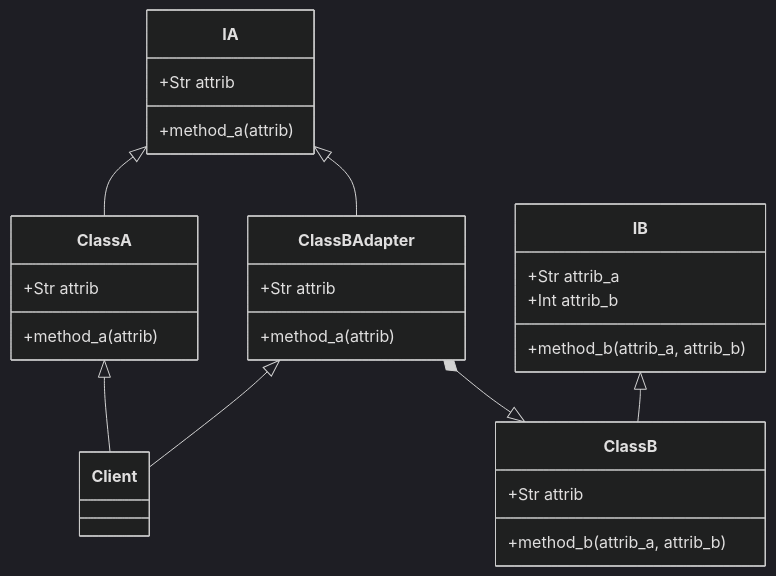
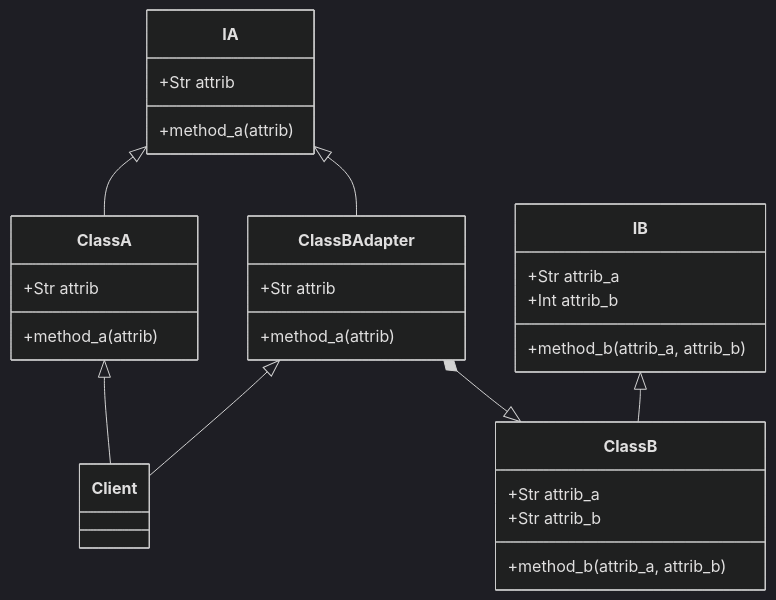
The diagram in docs/DesignPatterns.md (MatheusLPolidoro/DesiginPatterns), drawn with Mermaid (dark theme) before and after one commit. The commit also changed other lines of this file, not shown here.

````diff
--- a/docs/DesignPatterns.md
+++ b/docs/DesignPatterns.md
@@ -53,22 +58,23 @@
 ```mermaid
 classDiagram
 
 IA <|-- ClassA
 IA <|-- ClassBAdapter
 ClassBAdapter *--|> ClassB
 IB <|-- ClassB
 ClassA <|-- Client
 ClassBAdapter <|-- Client
 
 IA : +Str attrib
 IA : +method_a(attrib)
 ClassA : +Str attrib
 ClassA : +method_a(attrib)
 ClassBAdapter : +Str attrib
 ClassBAdapter : +method_a(attrib)
 IB : +Str attrib_a
 IB : +Int attrib_b
 IB : +method_b(attrib_a, attrib_b)
-ClassB : +Str attrib
+ClassB : +Str attrib_a
+ClassB : +Str attrib_b
 ClassB : +method_b(attrib_a, attrib_b)
 ```
````
